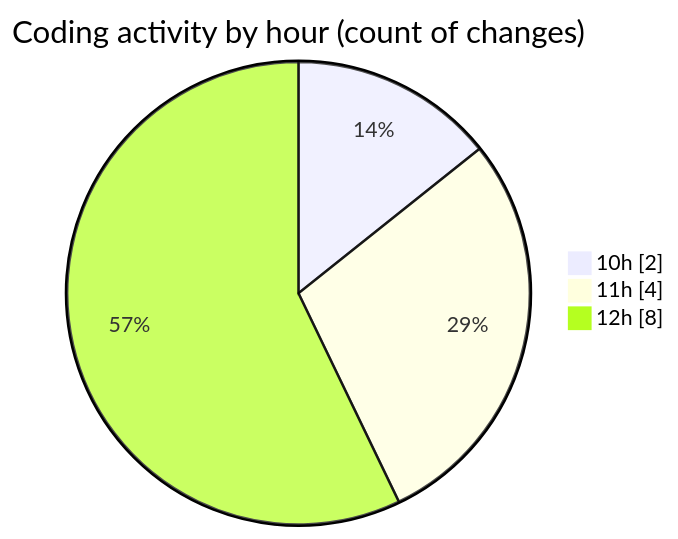
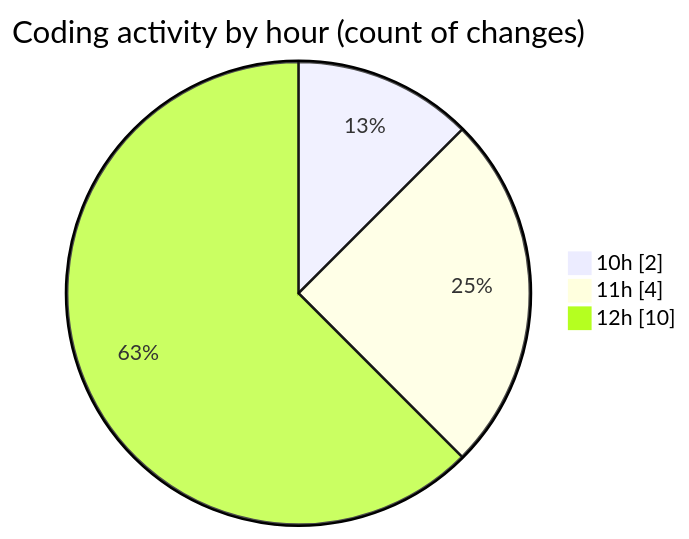
Before and after one commit to ricardozamudiocil/code-tracking: the second of 2 diagrams in 2026-09-01/cilapp/README.md, drawn with Mermaid. The commit also changed other lines of this file and 1 other file, not shown here.

````diff
--- a/2026-09-01/cilapp/README.md
+++ b/2026-09-01/cilapp/README.md
@@ -31,7 +31,7 @@
 ```mermaid
 pie showData
 title Coding activity by hour (count of changes)
 "10h" : 2
 "11h" : 4
-"12h" : 8
+"12h" : 10
 ```
````
